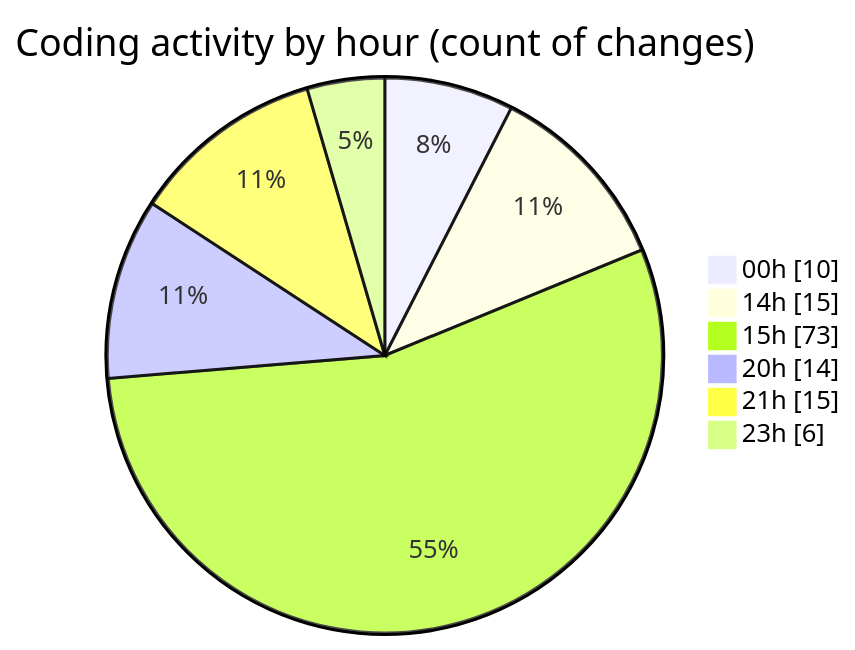
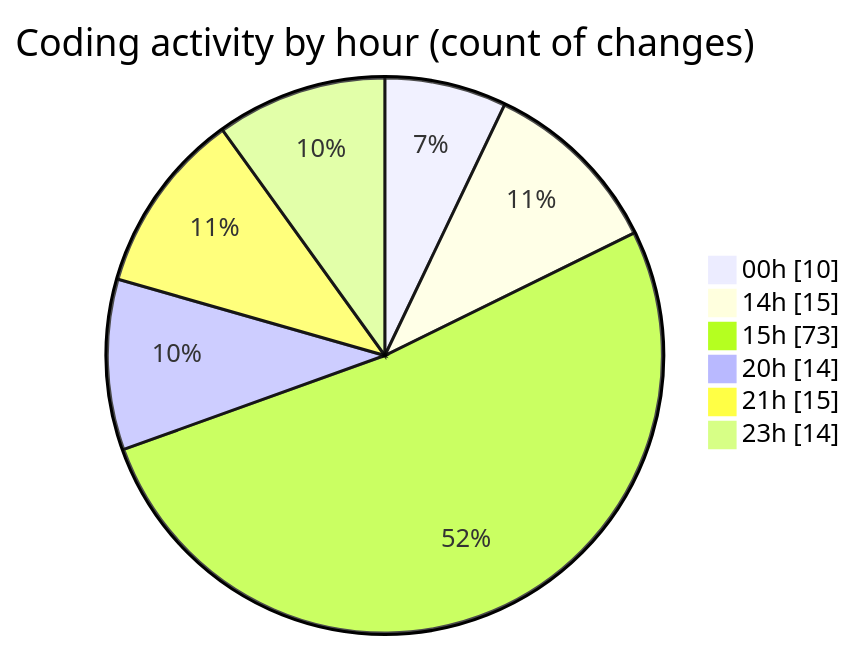
The second of 2 diagrams in 2025-04-07/echo/README.md (Netris89/code-tracking), drawn with Mermaid before and after one commit. The commit also changed other lines of this file and 1 other file, not shown here.

````diff
--- a/2025-04-07/echo/README.md
+++ b/2025-04-07/echo/README.md
@@ -41,10 +41,10 @@
 ```mermaid
 pie showData
 title Coding activity by hour (count of changes)
 "00h" : 10
 "14h" : 15
 "15h" : 73
 "20h" : 14
 "21h" : 15
-"23h" : 6
+"23h" : 14
 ```
````
